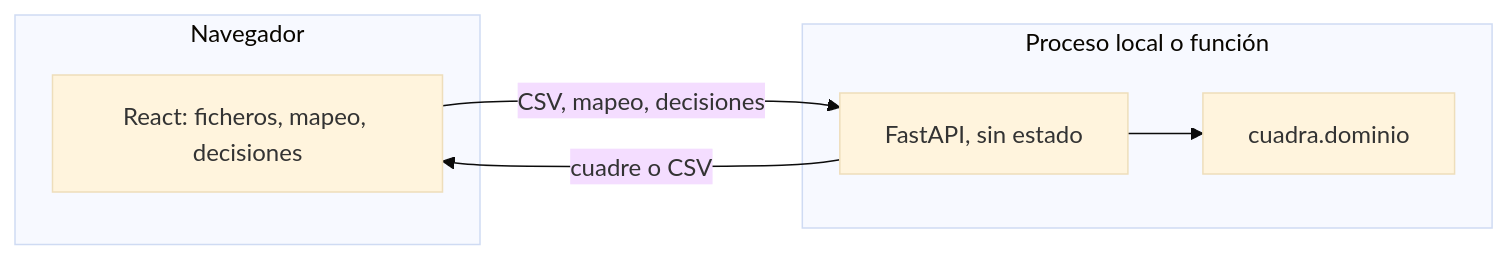
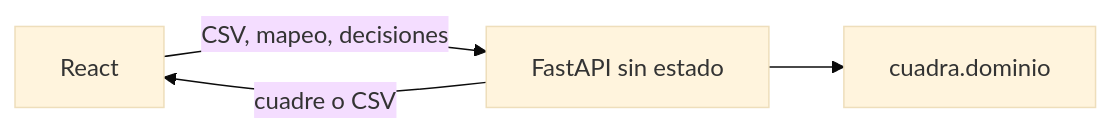
One commit to SebastianZaruha/cuadra changed the diagram in README.md. Above: the diagram before and after it, drawn with Mermaid (base theme). The commit also changed other lines of this file and 39 other files, not shown here.

````diff
--- a/README.md
+++ b/README.md
@@ -45,13 +48,6 @@
 ```mermaid
 flowchart LR
-  subgraph navegador [Navegador]
-    UI["React: ficheros, mapeo, decisiones"]
-  end
-  subgraph proceso [Proceso local o función]
-    API["FastAPI, sin estado"]
-    DOM["cuadra.dominio"]
-    API --> DOM
-  end
-  UI -->|"CSV, mapeo, decisiones"| API
+  UI["React"] -->|"CSV, mapeo, decisiones"| API["FastAPI sin estado"]
+  API --> DOM["cuadra.dominio"]
   API -->|"cuadre o CSV"| UI
 ```
````
